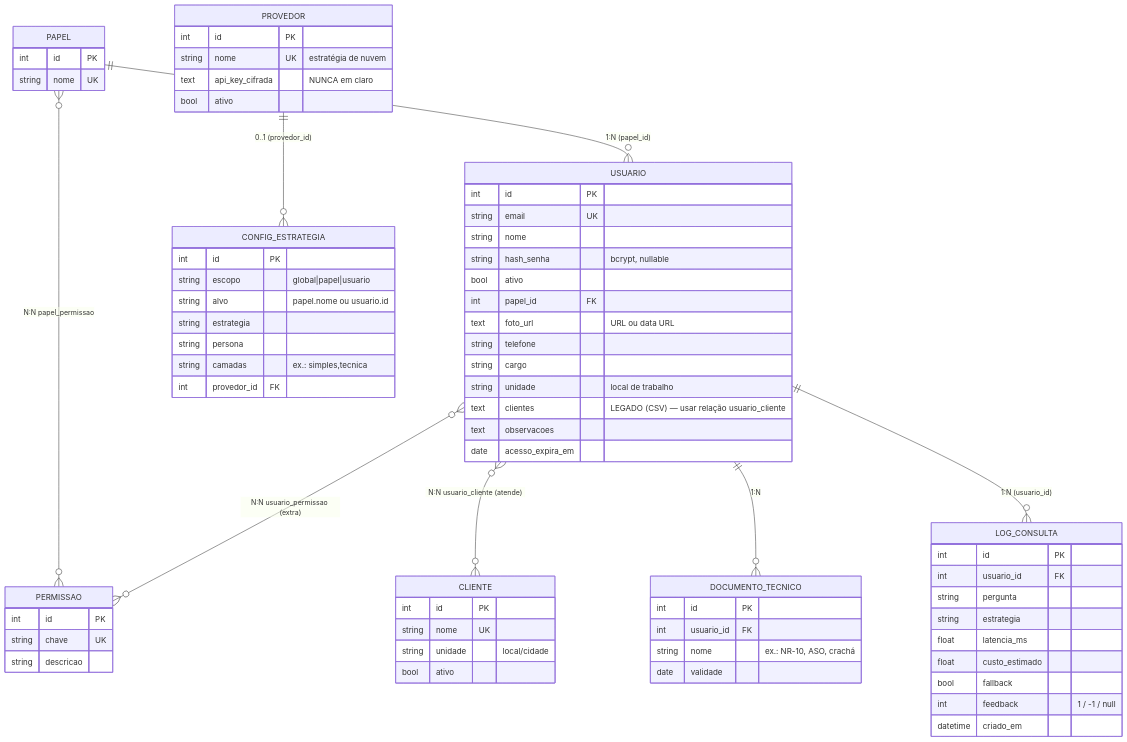
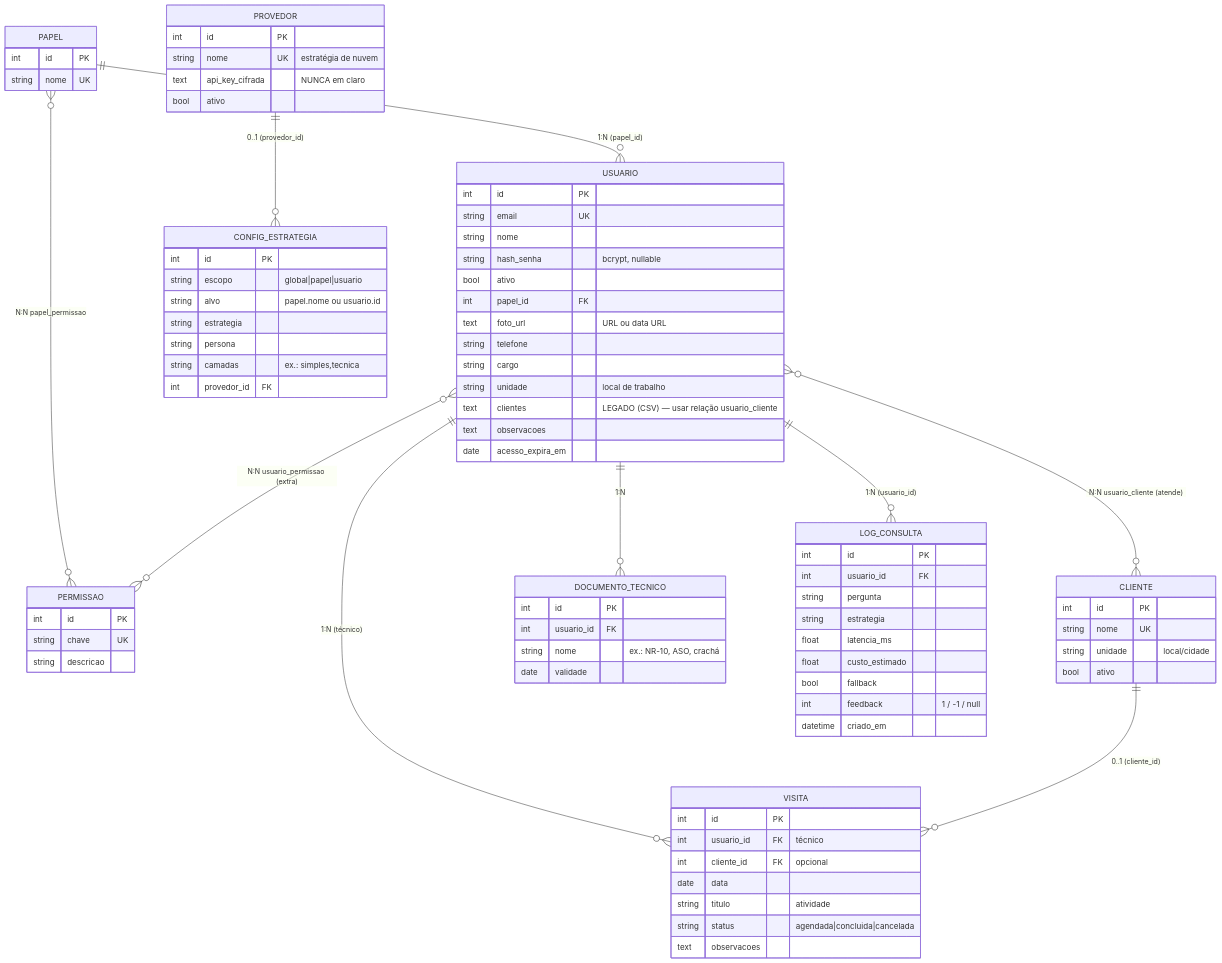
The diagram in docs/MODELO_DADOS.md (caiquemiranda/RAG-Simplex), drawn with Mermaid before and after one commit. The commit also changed other lines of this file and 14 other files, not shown here.

```diff
--- a/docs/MODELO_DADOS.md
+++ b/docs/MODELO_DADOS.md
@@ -15,6 +15,8 @@
   USUARIO }o--o{ CLIENTE : "N:N usuario_cliente (atende)"
   USUARIO ||--o{ DOCUMENTO_TECNICO : "1:N"
   USUARIO ||--o{ LOG_CONSULTA : "1:N (usuario_id)"
+  USUARIO ||--o{ VISITA : "1:N (técnico)"
+  CLIENTE ||--o{ VISITA : "0..1 (cliente_id)"
   PROVEDOR ||--o{ CONFIG_ESTRATEGIA : "0..1 (provedor_id)"
 
   PAPEL {
@@ -46,6 +48,15 @@
     string nome UK
     string unidade "local/cidade"
     bool ativo
+  }
+  VISITA {
+    int id PK
+    int usuario_id FK "técnico"
+    int cliente_id FK "opcional"
+    date data
+    string titulo "atividade"
+    string status "agendada|concluida|cancelada"
+    text observacoes
   }
   DOCUMENTO_TECNICO {
     int id PK
```
